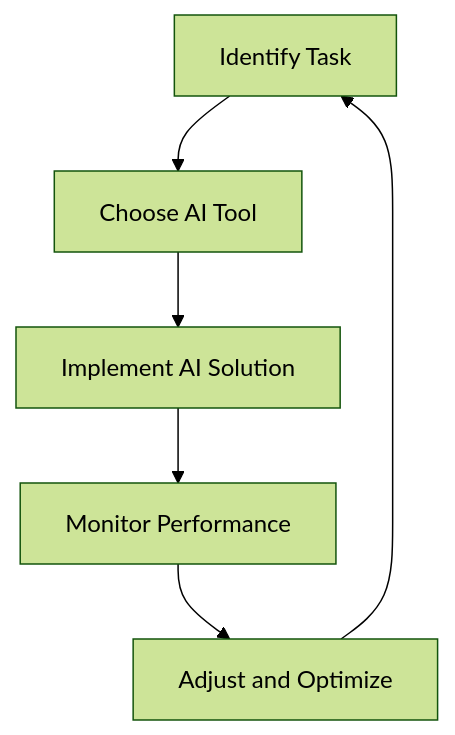
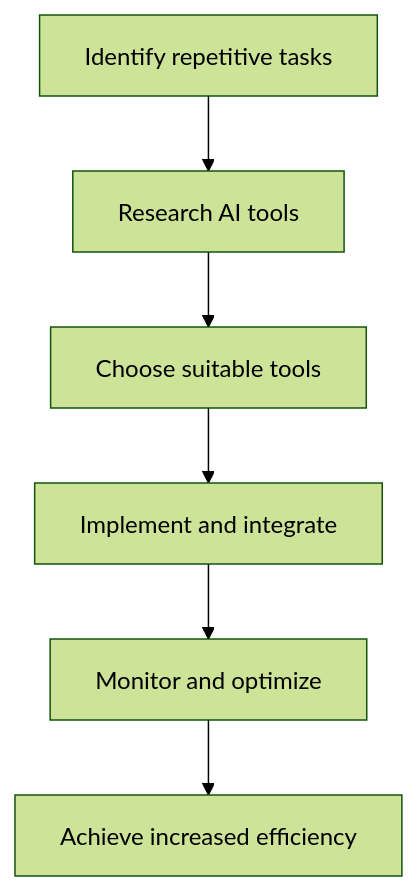
The diagram in content/posts/how-ai-automation-is-transforming-business-operations.md (ai-tools-lab/ai-tools-lab.github.io), drawn with Mermaid (forest theme) before and after one commit. The commit also changed other lines of this file and 21 other files, not shown here.

````diff
--- a/content/posts/how-ai-automation-is-transforming-business-operations.md
+++ b/content/posts/how-ai-automation-is-transforming-business-operations.md
@@ -139,8 +118,8 @@
 ```mermaid
 graph TD;
-    A[Identify Task] --> B[Choose AI Tool]
-    B --> C[Implement AI Solution]
-    C --> D[Monitor Performance]
-    D --> E[Adjust and Optimize]
-    E --> A
+    A[Identify repetitive tasks] --> B[Research AI tools];
+    B --> C[Choose suitable tools];
+    C --> D[Implement and integrate];
+    D --> E[Monitor and optimize];
+    E --> F[Achieve increased efficiency];
 ```
````
